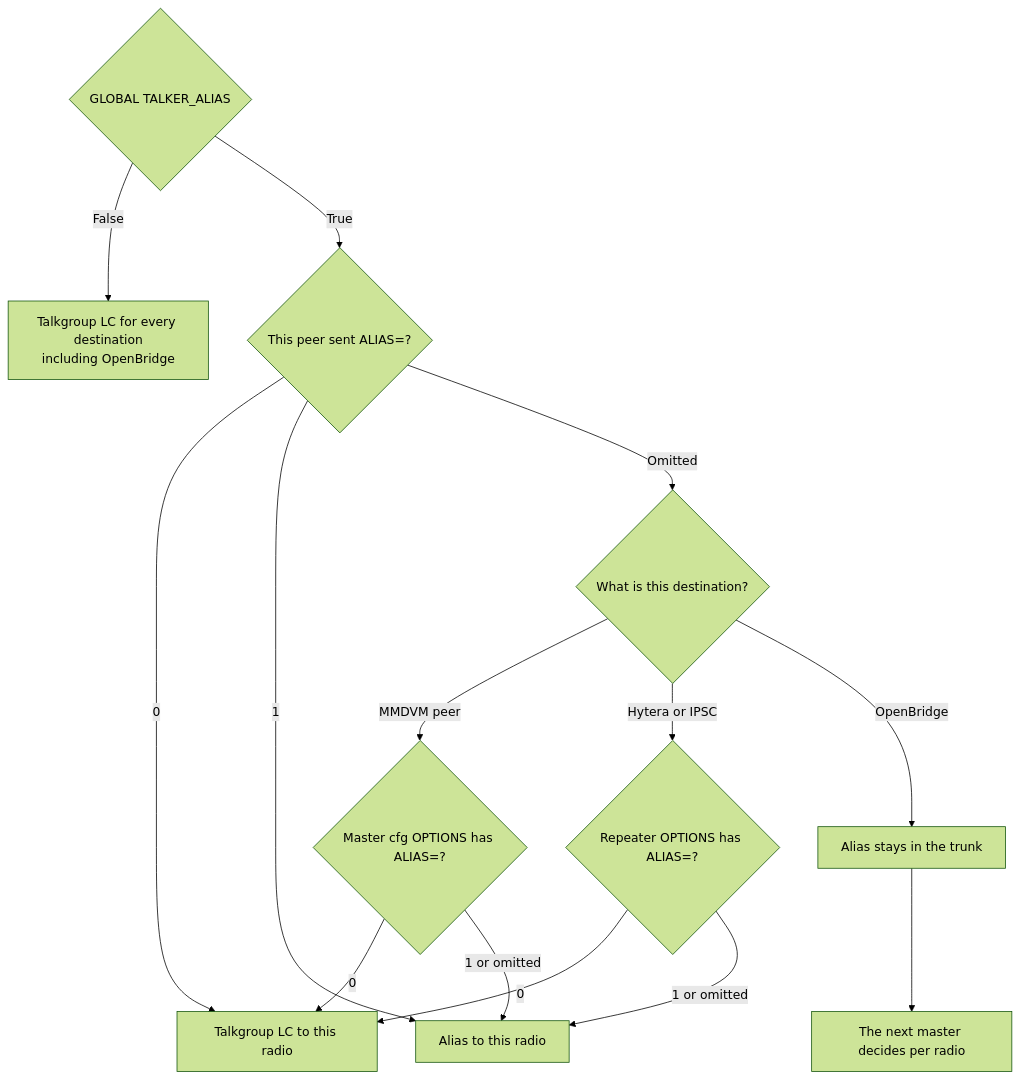
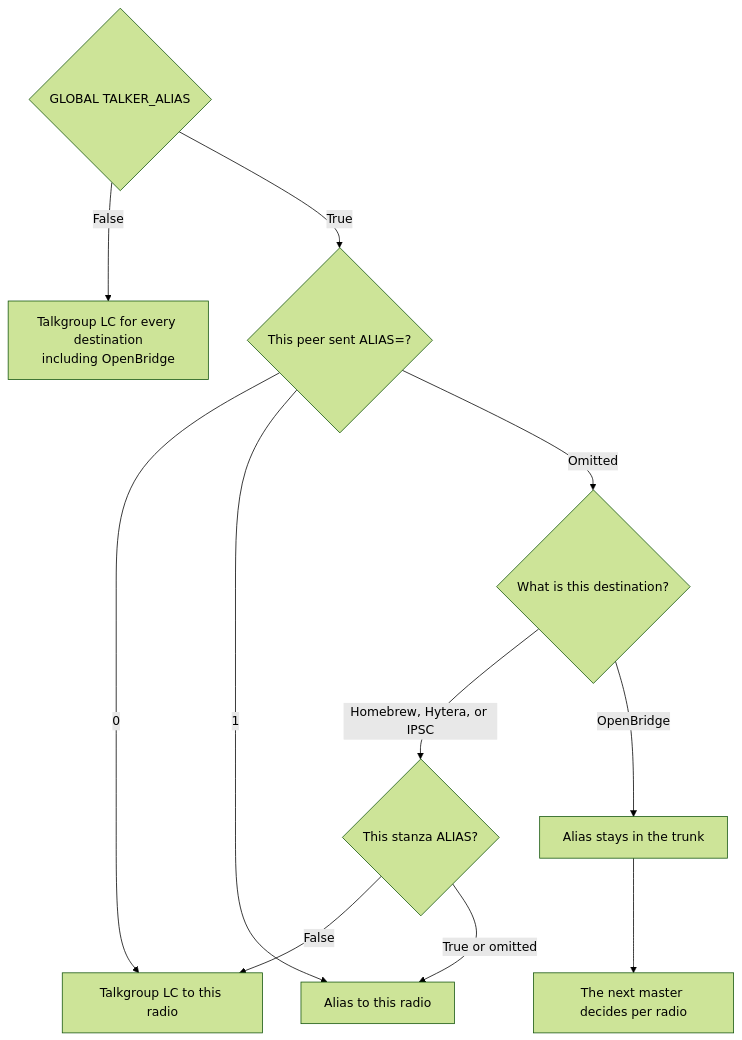
Before and after one commit to ShaYmez/RYSEN: the third of 4 diagrams in doc/talker-alias.md, drawn with Mermaid (forest theme). The commit also changed other lines of this file and 6 other files, not shown here.

First line of the commit message:
Let a master stanza turn talker alias off without an OPTIONS string.

````diff
--- a/doc/talker-alias.md
+++ b/doc/talker-alias.md
@@ -94,17 +94,14 @@
 ```mermaid
 flowchart TD
   global{GLOBAL TALKER_ALIAS}
   global -->|False| off[Talkgroup LC for every destination<br/>including OpenBridge]
   global -->|True| peer{This peer sent ALIAS=?}
   peer -->|0| plain[Talkgroup LC to this radio]
   peer -->|1| send[Alias to this radio]
   peer -->|Omitted| kind{What is this destination?}
-  kind -->|MMDVM peer| master{Master cfg OPTIONS has ALIAS=?}
-  kind -->|Hytera or IPSC| system{Repeater OPTIONS has ALIAS=?}
+  kind -->|Homebrew, Hytera, or IPSC| stanza{This stanza ALIAS?}
   kind -->|OpenBridge| trunk[Alias stays in the trunk]
-  master -->|0| plain
-  master -->|1 or omitted| send
-  system -->|0| plain
-  system -->|1 or omitted| send
+  stanza -->|False| plain
+  stanza -->|True or omitted| send
   trunk --> far[The next master decides per radio]
 ```
````
